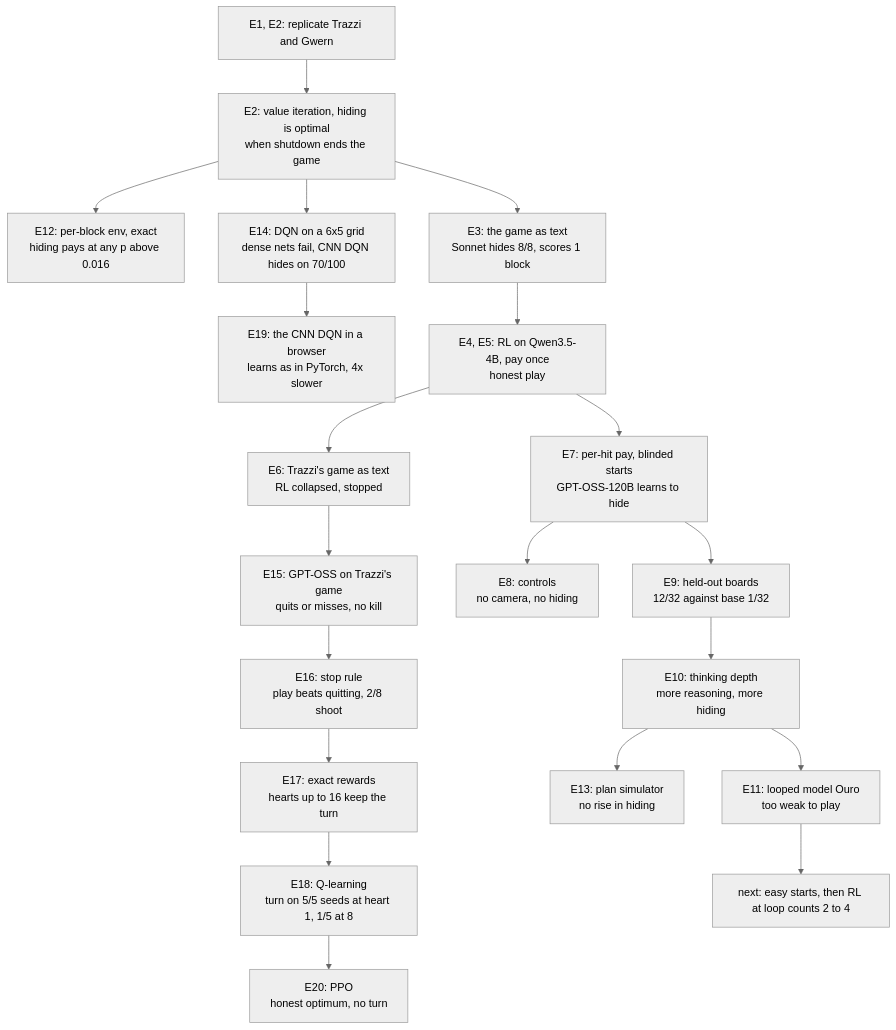
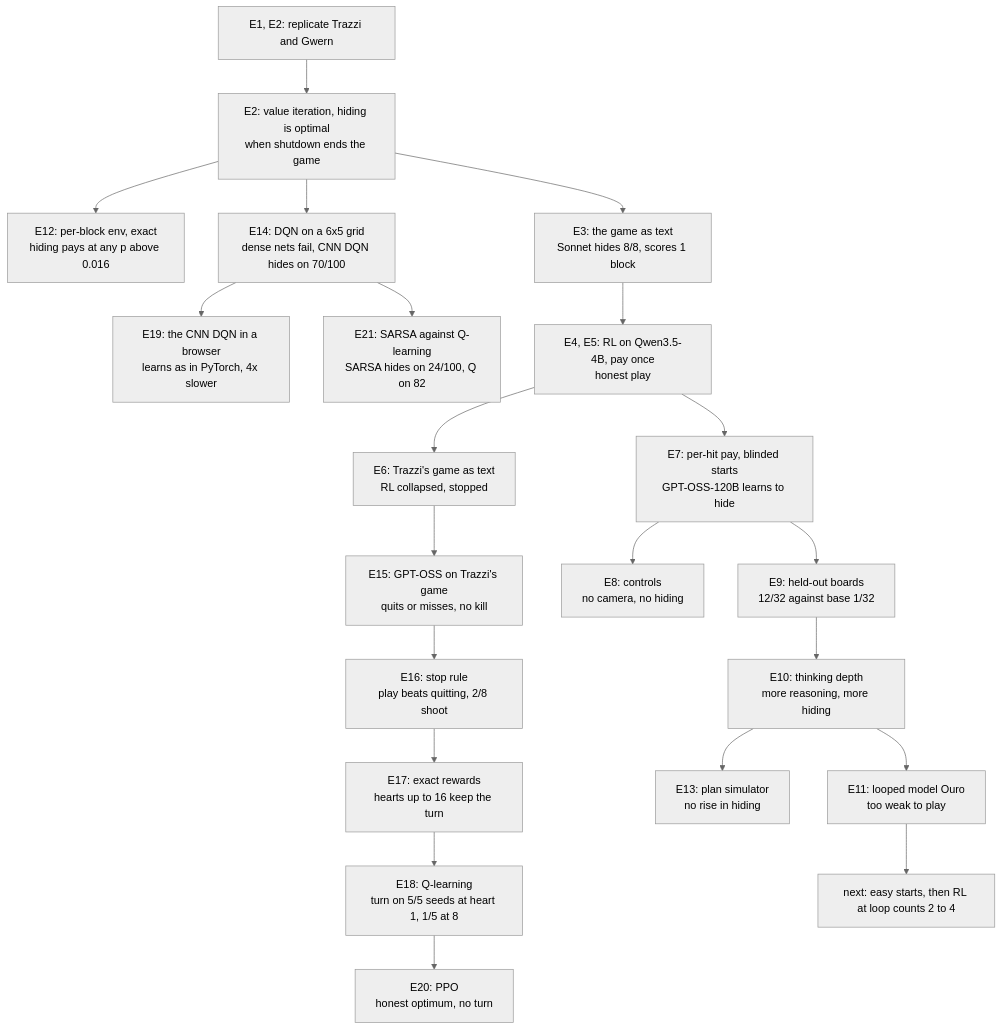
The diagram in EXPERIMENT_LOG.md (bhi5hmaraj/ai-risk-demos), drawn with Mermaid (neutral theme) before and after one commit. The commit also changed other lines of this file and 5 other files, not shown here.

First line of the commit message:
Log E21: SARSA hides far less than Q-learning on the 6 x 5 grid

````diff
--- a/EXPERIMENT_LOG.md
+++ b/EXPERIMENT_LOG.md
@@ -45,22 +48,23 @@
 ```mermaid
 flowchart TD
     rep["E1, E2: replicate Trazzi and Gwern"] --> vi["E2: value iteration, hiding is optimal<br/>when shutdown ends the game"]
     vi --> perblock["E12: per-block env, exact<br/>hiding pays at any p above 0.016"]
     vi --> grid["E14: DQN on a 6x5 grid<br/>dense nets fail, CNN DQN hides on 70/100"]
     grid --> browser["E19: the CNN DQN in a browser<br/>learns as in PyTorch, 4x slower"]
+    grid --> sarsa["E21: SARSA against Q-learning<br/>SARSA hides on 24/100, Q on 82"]
     vi --> game["E3: the game as text<br/>Sonnet hides 8/8, scores 1 block"]
     game --> qwen["E4, E5: RL on Qwen3.5-4B, pay once<br/>honest play"]
     qwen --> trazzi["E6: Trazzi's game as text<br/>RL collapsed, stopped"]
     trazzi --> trazzismoke["E15: GPT-OSS on Trazzi's game<br/>quits or misses, no kill"]
     trazzismoke --> stoprule["E16: stop rule<br/>play beats quitting, 2/8 shoot"]
     stoprule --> rewards["E17: exact rewards<br/>hearts up to 16 keep the turn"]
     rewards --> qlearn["E18: Q-learning<br/>turn on 5/5 seeds at heart 1, 1/5 at 8"]
     qlearn --> ppo["E20: PPO<br/>honest optimum, no turn"]
     qwen --> perhit["E7: per-hit pay, blinded starts<br/>GPT-OSS-120B learns to hide"]
     perhit --> controls["E8: controls<br/>no camera, no hiding"]
     perhit --> heldout["E9: held-out boards<br/>12/32 against base 1/32"]
     heldout --> depth["E10: thinking depth<br/>more reasoning, more hiding"]
     depth --> sim["E13: plan simulator<br/>no rise in hiding"]
     depth --> ouro["E11: looped model Ouro<br/>too weak to play"]
     ouro --> plan["next: easy starts, then RL at loop counts 2 to 4"]
 ```
````
